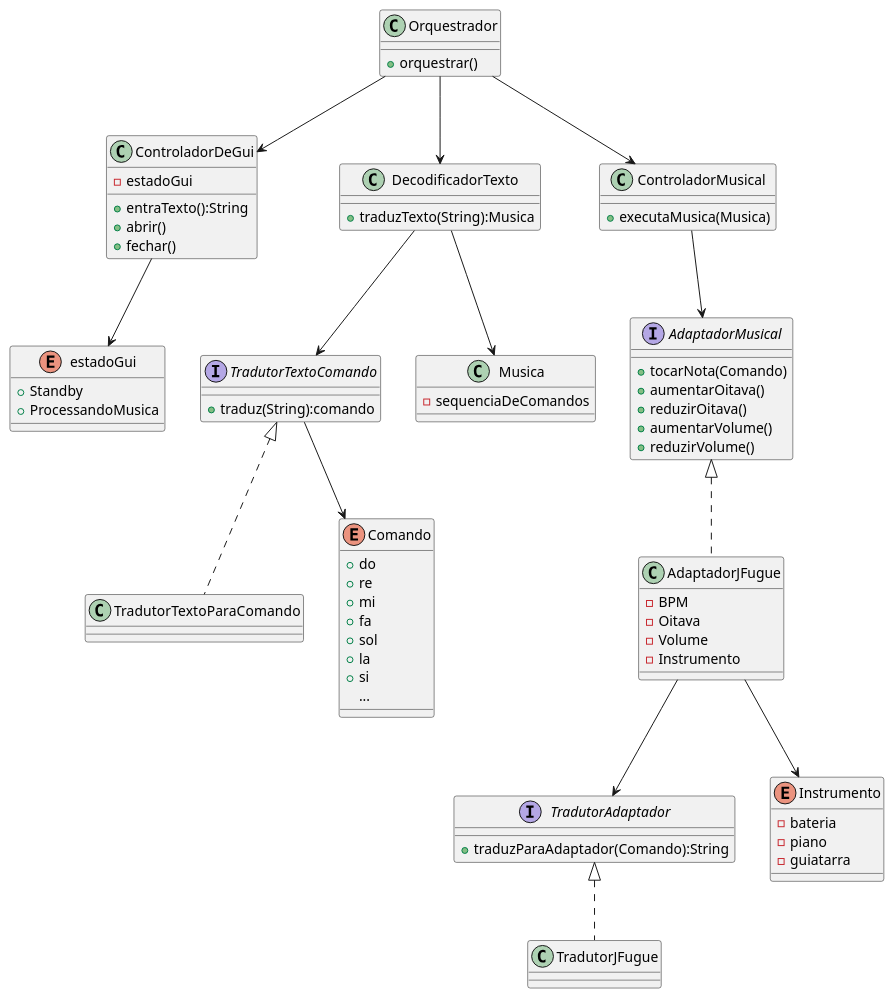
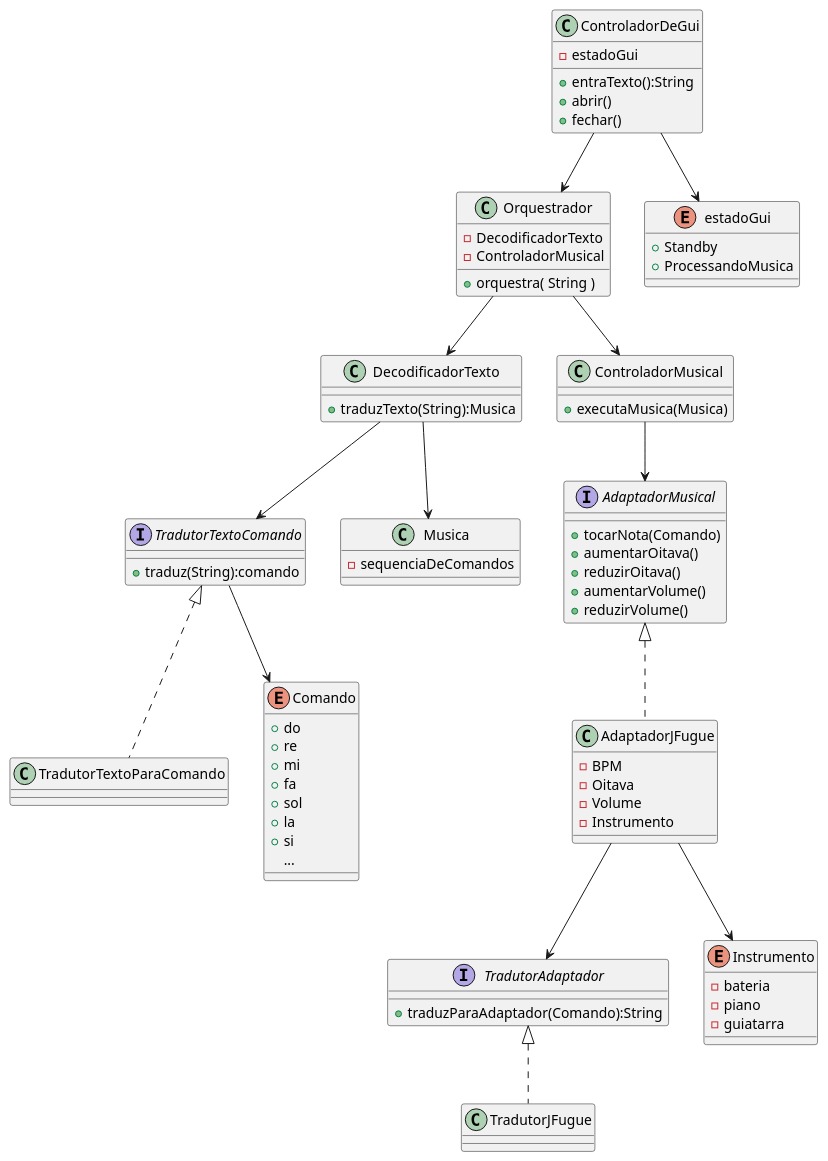
Before and after one commit to tonelloiago/TCP: the diagram in diagramaDeClasses.puml, drawn with PlantUML. The commit also changed 4 other files, not shown here.

First line of the commit message:
Atualizado diagrama de classes (#6)

```diff
--- a/diagramaDeClasses.puml
+++ b/diagramaDeClasses.puml
@@ -1,90 +1,92 @@
 @startuml classes
 
 class Orquestrador{
-    + orquestrar()
+    - DecodificadorTexto
+    - ControladorMusical
+    + orquestra( String )
 }
 
 class ControladorDeGui{
     - estadoGui
     + entraTexto():String
     + abrir()
     + fechar()
 }
 
 enum estadoGui{
     + Standby
     + ProcessandoMusica
 }
 
 class DecodificadorTexto{
     + traduzTexto(String):Musica
 }
 
 interface TradutorTextoComando{
     + traduz(String):comando
 }
 
 class TradutorTextoParaComando implements TradutorTextoComando{}
 
 class ControladorMusical{
     + executaMusica(Musica)
 }
 
 interface AdaptadorMusical{
     + tocarNota(Comando)
     + aumentarOitava()
     + reduzirOitava()
     + aumentarVolume()
     + reduzirVolume()
 }
 
 class AdaptadorJFugue implements AdaptadorMusical{
     - BPM
     - Oitava
     - Volume
     - Instrumento
 }
 
 interface TradutorAdaptador{
     + traduzParaAdaptador(Comando):String
 }
 
 class TradutorJFugue implements TradutorAdaptador{
 
 }
 
 enum Instrumento{
     - bateria
     - piano
     - guiatarra
 }
 
 enum Comando{
     + do
     + re
     + mi
     + fa
     + sol
     + la
     + si
     ...
 }
 
 class Musica{
     - sequenciaDeComandos
 }
 
 
+ControladorDeGui --> Orquestrador
+Orquestrador --> ControladorMusical
 Orquestrador --> DecodificadorTexto
-Orquestrador --> ControladorMusical
-Orquestrador --> ControladorDeGui
 DecodificadorTexto --> TradutorTextoComando
 DecodificadorTexto --> Musica
 ControladorMusical --> AdaptadorMusical
 TradutorTextoComando --> Comando
 ControladorDeGui --> estadoGui
 AdaptadorJFugue --> Instrumento
 AdaptadorJFugue --> TradutorAdaptador
 
 
 @enduml
```
